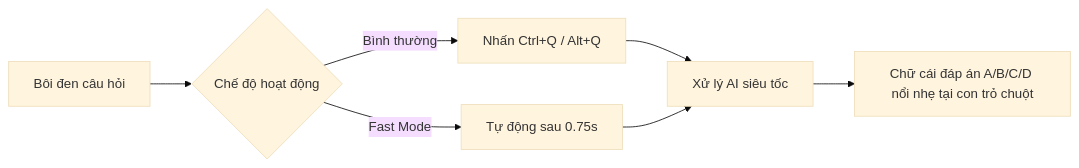
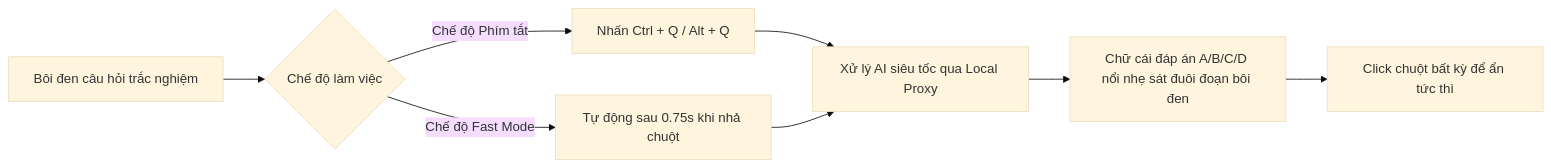
One commit to namtacozz/ViTai changed the diagram in README.md. Above: the diagram before and after it, drawn with Mermaid (base theme). The commit also changed other lines of this file and 22 other files, not shown here.

````diff
--- a/README.md
+++ b/README.md
@@ -108,9 +82,10 @@
 ```mermaid
 flowchart LR
-    A[Bôi đen câu hỏi] --> B{Chế độ hoạt động}
-    B -->|Bình thường| C[Nhấn Ctrl+Q / Alt+Q]
-    B -->|Fast Mode| D[Tự động sau 0.75s]
-    C --> E[Xử lý AI siêu tốc]
+    A[Bôi đen câu hỏi trắc nghiệm] --> B{Chế độ làm việc}
+    B -->|Chế độ Phím tắt| C[Nhấn Ctrl + Q / Alt + Q]
+    B -->|Chế độ Fast Mode| D[Tự động sau 0.75s khi nhả chuột]
+    C --> E[Xử lý AI siêu tốc qua Local Proxy]
     D --> E
-    E --> F[Chữ cái đáp án A/B/C/D nổi nhẹ tại con trỏ chuột]
+    E --> F[Chữ cái đáp án A/B/C/D nổi nhẹ sát đuôi đoạn bôi đen]
+    F --> G[Click chuột bất kỳ để ẩn tức thì]
 ```
````
